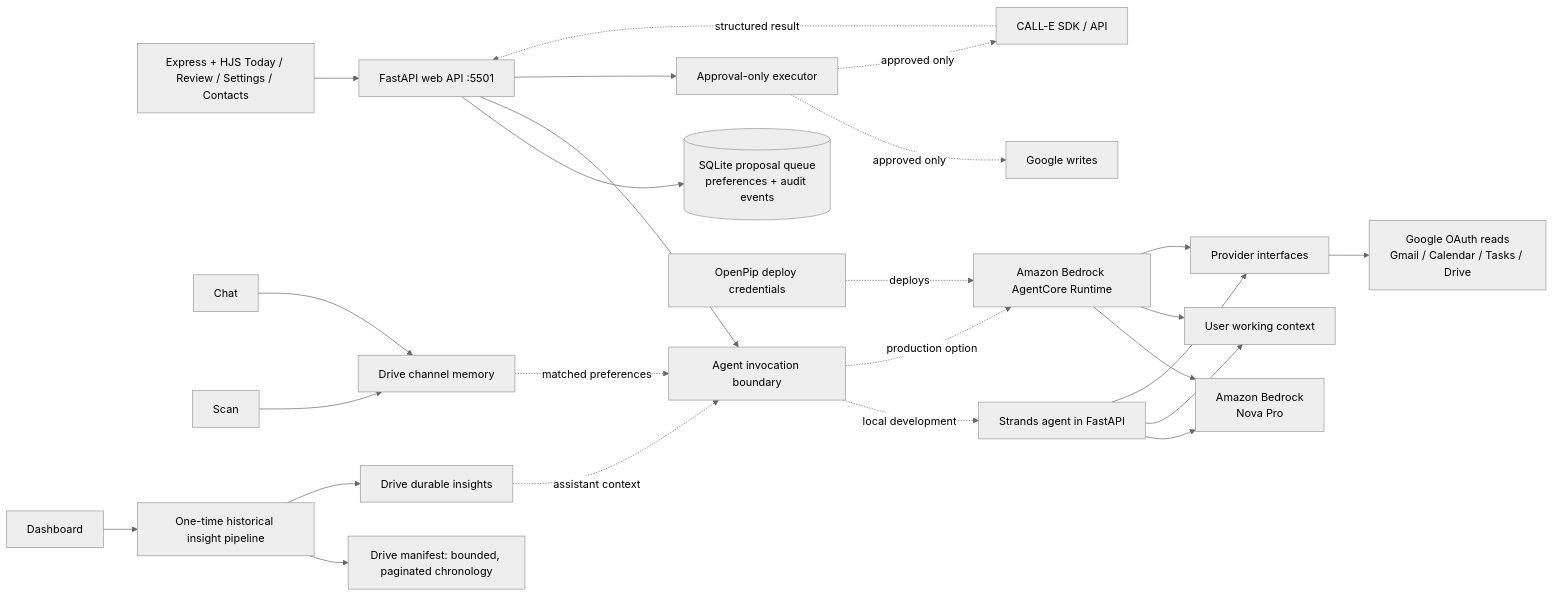
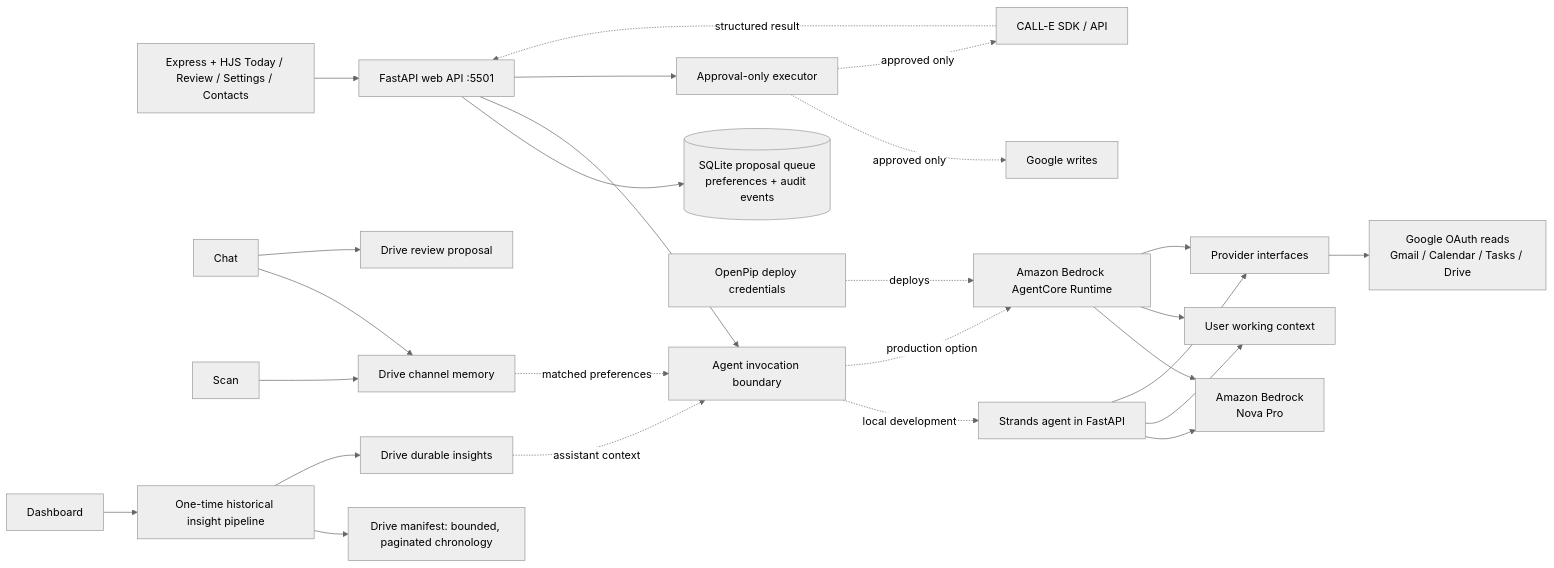
Before and after one commit to juliana-hill/openpip.me: the diagram in docs/ARCHITECTURE.md, drawn with Mermaid (neutral theme). The commit also changed other lines of this file and 15 other files, not shown here.

````diff
--- a/docs/ARCHITECTURE.md
+++ b/docs/ARCHITECTURE.md
@@ -7,27 +7,28 @@
 ```mermaid
 flowchart LR
   UI[Express + HJS Today / Review / Settings / Contacts] --> API[FastAPI web API :5501]
   API --> Store[(SQLite proposal queue\npreferences + audit events)]
   API --> Invoker[Agent invocation boundary]
   Invoker -. local development .-> Local[Strands agent in FastAPI]
   Invoker -. production option .-> Runtime[Amazon Bedrock AgentCore Runtime]
   Local --> Bedrock[Amazon Bedrock\nNova Pro]
   Runtime --> Bedrock
   Local --> Context[User working context]
   Runtime --> Context
   Local --> Providers[Provider interfaces]
   Runtime --> Providers
   Providers --> GoogleRead[Google OAuth reads\nGmail / Calendar / Tasks / Drive]
   API --> Gate[Approval-only executor]
   Gate -. approved only .-> GoogleWrite[Google writes]
   Gate -. approved only .-> Calle[CALL-E SDK / API]
   Calle -. structured result .-> API
   Chat --> ChMem[Drive channel memory]
+  Chat --> Proposal[Drive review proposal]
   Scan --> ChMem
   ChMem -. matched preferences .-> Invoker
   Dashboard --> Study[One-time historical insight pipeline]
   Study --> Timeline[Drive manifest: bounded, paginated chronology]
   Study --> Memories[Drive durable insights]
   Memories -. assistant context .-> Invoker
   Deploy[OpenPip deploy credentials] -. deploys .-> Runtime
 ```
````
